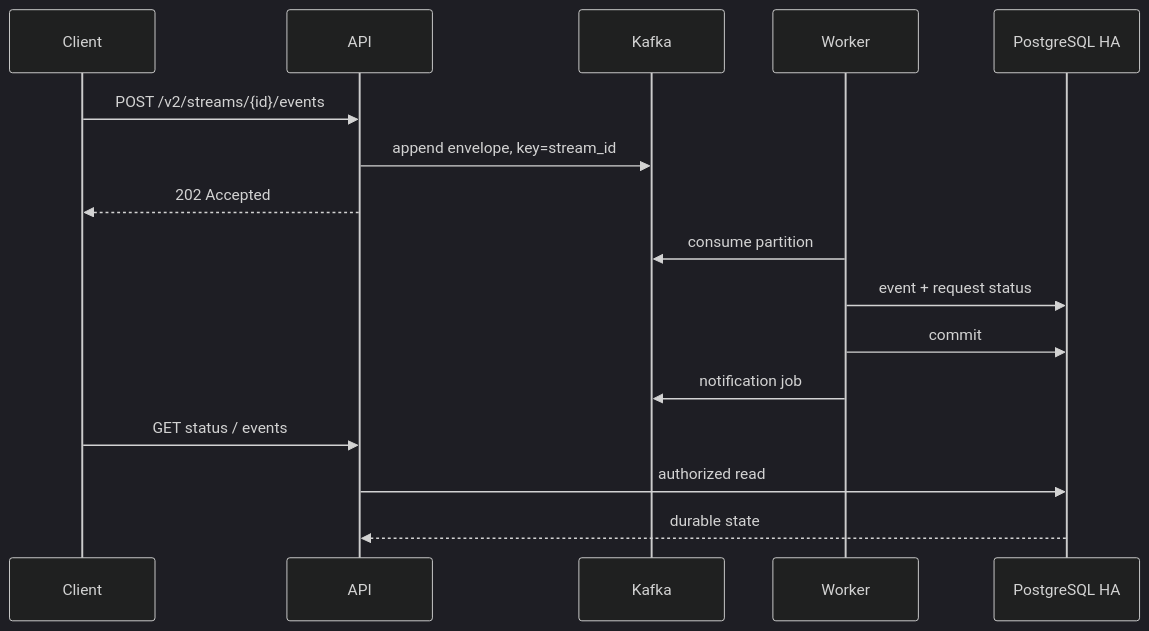
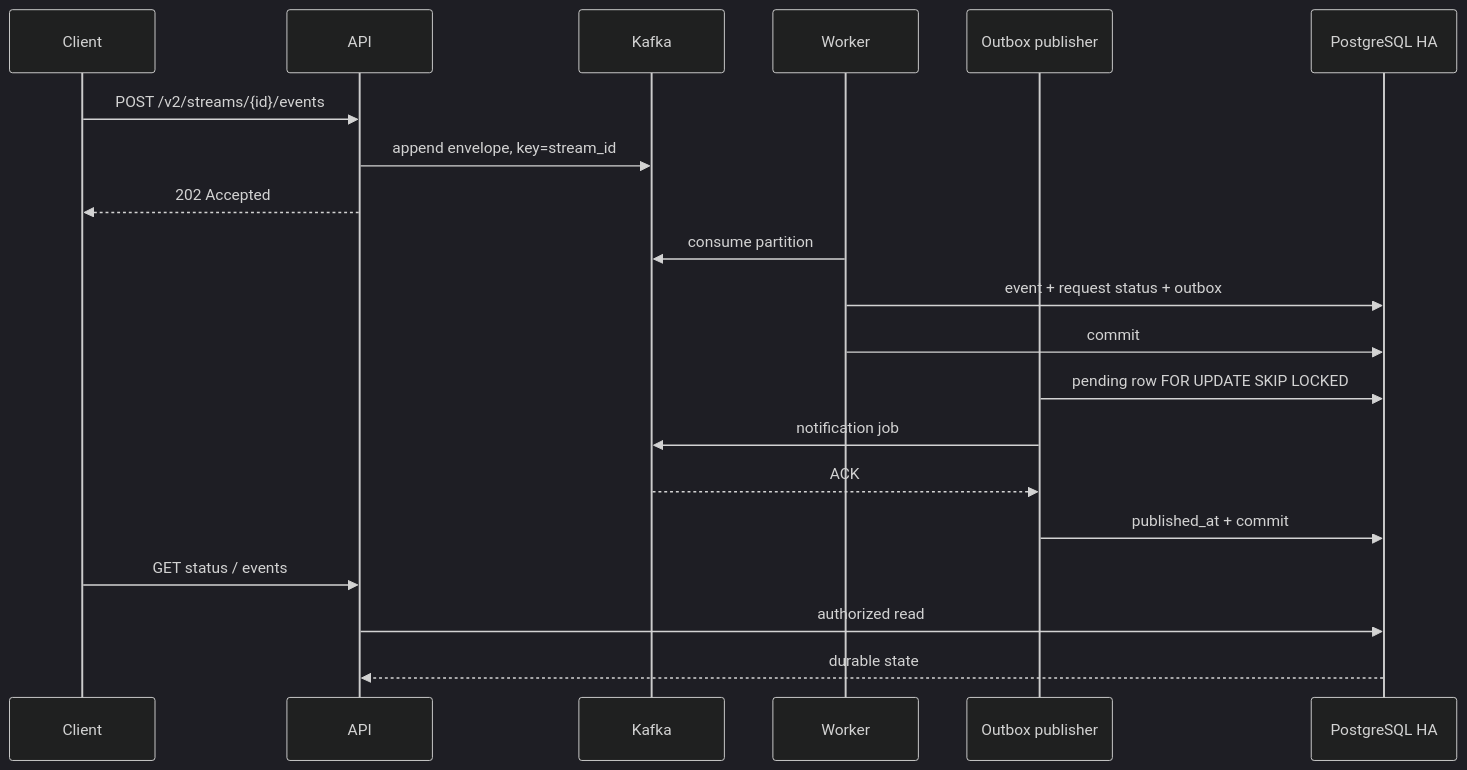
The first of 3 diagrams in docs/ARCHITECTURE.md (Jangwanko/Cloud_portfolio), drawn with Mermaid (dark theme) before and after one commit. The commit also changed other lines of this file and 78 other files, not shown here.

````diff
--- a/docs/ARCHITECTURE.md
+++ b/docs/ARCHITECTURE.md
@@ -66,19 +66,23 @@
 ```mermaid
 sequenceDiagram
     participant Client
     participant API
     participant Kafka
     participant Worker
+    participant Relay as Outbox publisher
     participant DB as PostgreSQL HA
 
     Client->>API: POST /v2/streams/{id}/events
     API->>Kafka: append envelope, key=stream_id
     API-->>Client: 202 Accepted
     Worker->>Kafka: consume partition
-    Worker->>DB: event + request status
+    Worker->>DB: event + request status + outbox
     Worker->>DB: commit
-    Worker->>Kafka: notification job
+    Relay->>DB: pending row FOR UPDATE SKIP LOCKED
+    Relay->>Kafka: notification job
+    Kafka-->>Relay: ACK
+    Relay->>DB: published_at + commit
     Client->>API: GET status / events
     API->>DB: authorized read
     DB-->>API: durable state
 ```
````
